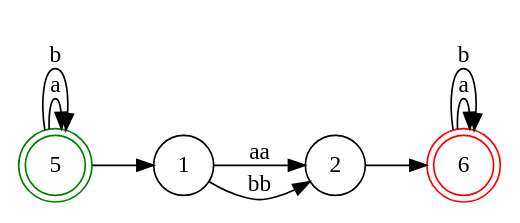
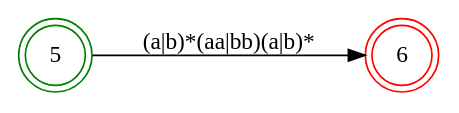
The diagram in scripts/lua/dot/NDF.dot (v012345/lua5.4.4), drawn with Graphviz before and after one commit. The commit also changed 1 other file, not shown here.

```diff
--- a/scripts/lua/dot/NDF.dot
+++ b/scripts/lua/dot/NDF.dot
@@ -1,16 +1,9 @@
 digraph NDF {
     rankdir = LR;
     size = "8,5";
     node [shape = doublecircle;];
     5 [color = green;];
     6 [color = red;];
     node [shape = circle;];
-    5 -> 5 [label = "a";];
-    5 -> 5 [label = "b";];
-    5 -> 1 [label = "";];
-    1 -> 2 [label = "aa";];
-    1 -> 2 [label = "bb";];
-    2 -> 6 [label = "";];
-    6 -> 6 [label = "a";];
-    6 -> 6 [label = "b";];
+    5 -> 6 [label = "(a|b)*(aa|bb)(a|b)*";];
 }
```
